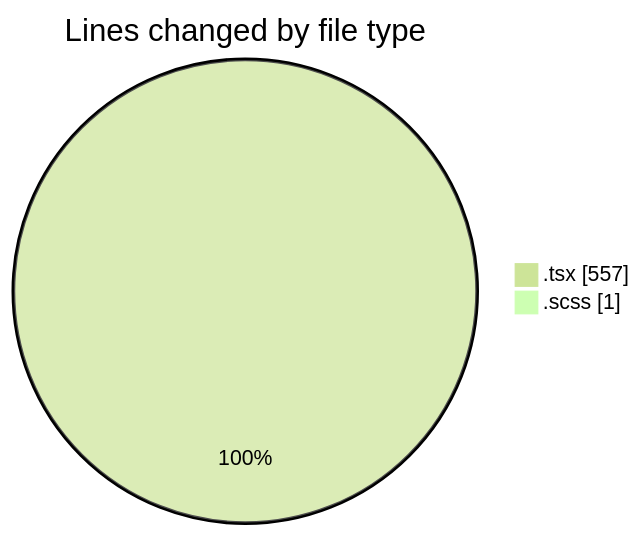
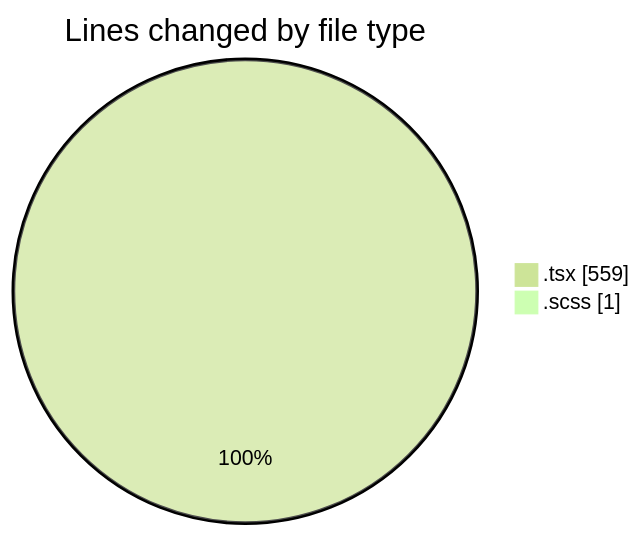
Before and after one commit to momahboobian/code-tracking: the first of 2 diagrams in 2025-03-19/cda/README.md, drawn with Mermaid (forest theme). The commit also changed other lines of this file and 1 other file, not shown here.

````diff
--- a/2025-03-19/cda/README.md
+++ b/2025-03-19/cda/README.md
@@ -23,6 +23,6 @@
 ```mermaid
 pie showData
 title Lines changed by file type
-".tsx" : 557
+".tsx" : 559
 ".scss" : 1
 ```
````
